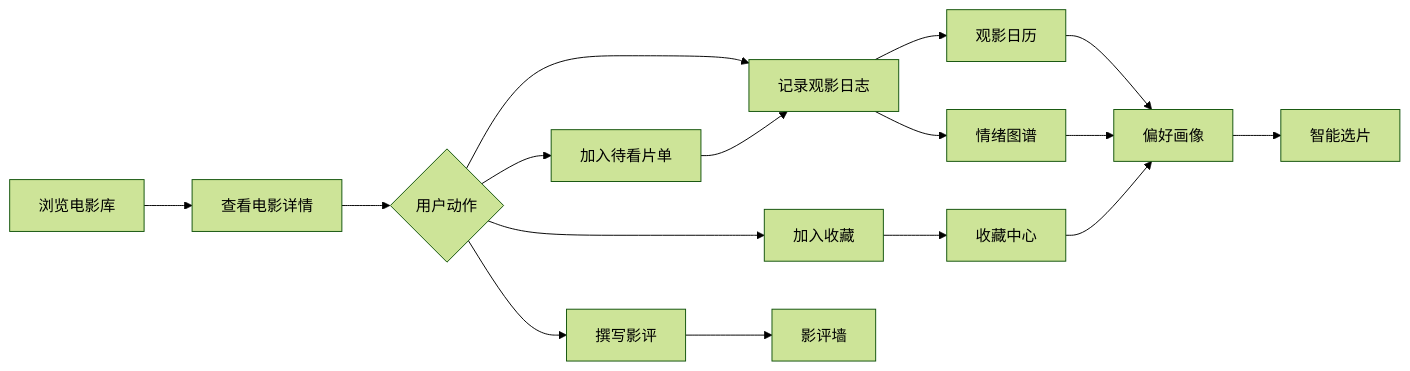
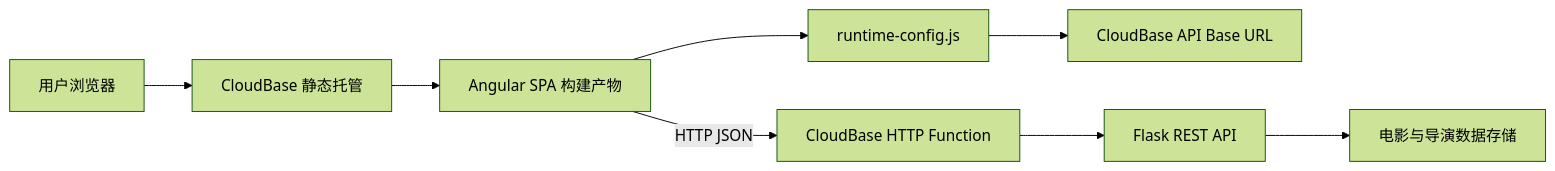
The diagram in output/pdf/diagrams/report-diagram-01.mmd (2711944586/cinema-flow), drawn with Mermaid (forest theme) before and after one commit. The commit also changed 24 other files, not shown here.

```diff
--- a/output/pdf/diagrams/report-diagram-01.mmd
+++ b/output/pdf/diagrams/report-diagram-01.mmd
@@ -1,16 +1,8 @@
 flowchart LR
-  A[浏览电影库] --> B[查看电影详情]
-  B --> C{用户动作}
-  C --> D[加入收藏]
-  C --> E[加入待看片单]
-  C --> F[记录观影日志]
-  C --> G[撰写影评]
-  E --> F
-  F --> H[观影日历]
-  F --> I[情绪图谱]
-  D --> J[收藏中心]
-  G --> K[影评墙]
-  H --> L[偏好画像]
-  I --> L
-  J --> L
-  L --> M[智能选片]
+  User[用户浏览器] --> Hosting[CloudBase 静态托管]
+  Hosting --> Angular[Angular SPA 构建产物]
+  Angular --> Config[runtime-config.js]
+  Config --> ApiBase[CloudBase API Base URL]
+  Angular -->|HTTP JSON| Function[CloudBase HTTP Function]
+  Function --> Flask[Flask REST API]
+  Flask --> Store[电影与导演数据存储]
```
